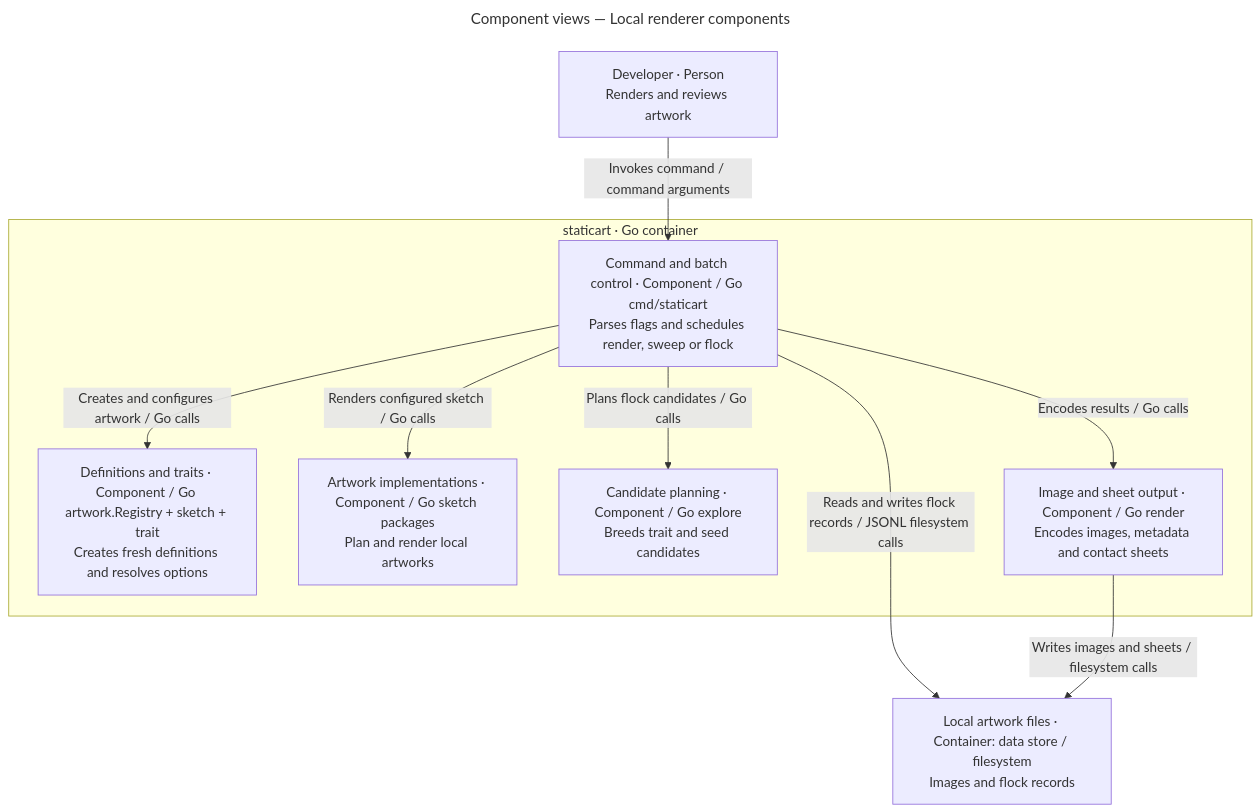
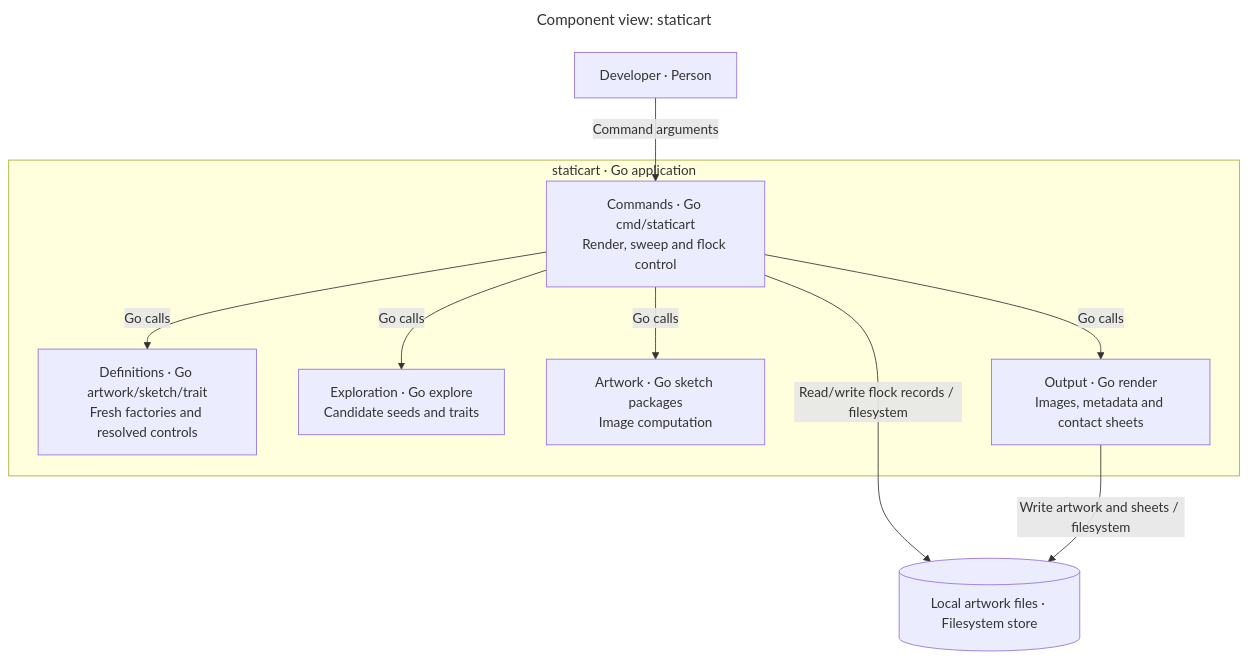
One commit to jaminalder/go-graphics changed the fourth of 4 diagrams in docs/architecture/components.md. Above: the diagram before and after it, drawn with Mermaid. The commit also changed other lines of this file and 91 other files, not shown here.

````diff
--- a/docs/architecture/components.md
+++ b/docs/architecture/components.md
@@ -94,22 +109,22 @@
 ```mermaid
 ---
-title: "Component views — Local renderer components"
+title: "Component view: staticart"
 ---
 flowchart TB
-    developer["Developer · Person<br/>Renders and reviews artwork"]
-    subgraph cli["staticart · Go container"]
-        command["Command and batch control · Component / Go cmd/staticart<br/>Parses flags and schedules render, sweep or flock"]
-        registry["Definitions and traits · Component / Go artwork.Registry + sketch + trait<br/>Creates fresh definitions and resolves options"]
-        algorithms["Artwork implementations · Component / Go sketch packages<br/>Plan and render local artworks"]
-        exploration["Candidate planning · Component / Go explore<br/>Breeds trait and seed candidates"]
-        output["Image and sheet output · Component / Go render<br/>Encodes images, metadata and contact sheets"]
+    developer["Developer · Person"]
+    subgraph app["staticart · Go application"]
+        command["Commands · Go cmd/staticart<br/>Render, sweep and flock control"]
+        registry["Definitions · Go artwork/sketch/trait<br/>Fresh factories and resolved controls"]
+        exploration["Exploration · Go explore<br/>Candidate seeds and traits"]
+        algorithms["Artwork · Go sketch packages<br/>Image computation"]
+        output["Output · Go render<br/>Images, metadata and contact sheets"]
     end
-    files["Local artwork files · Container: data store / filesystem<br/>Images and flock records"]
-    developer -->|Invokes command / command arguments| command
-    command -->|Creates and configures artwork / Go calls| registry
-    command -->|Plans flock candidates / Go calls| exploration
-    command -->|Renders configured sketch / Go calls| algorithms
-    command -->|Encodes results / Go calls| output
-    command -->|Reads and writes flock records / JSONL filesystem calls| files
-    output -->|Writes images and sheets / filesystem calls| files
+    files[("Local artwork files · Filesystem store")]
+    developer -->|Command arguments| command
+    command -->|Go calls| registry
+    command -->|Go calls| exploration
+    command -->|Go calls| algorithms
+    command -->|Go calls| output
+    command -->|Read/write flock records / filesystem| files
+    output -->|Write artwork and sheets / filesystem| files
 ```
````
